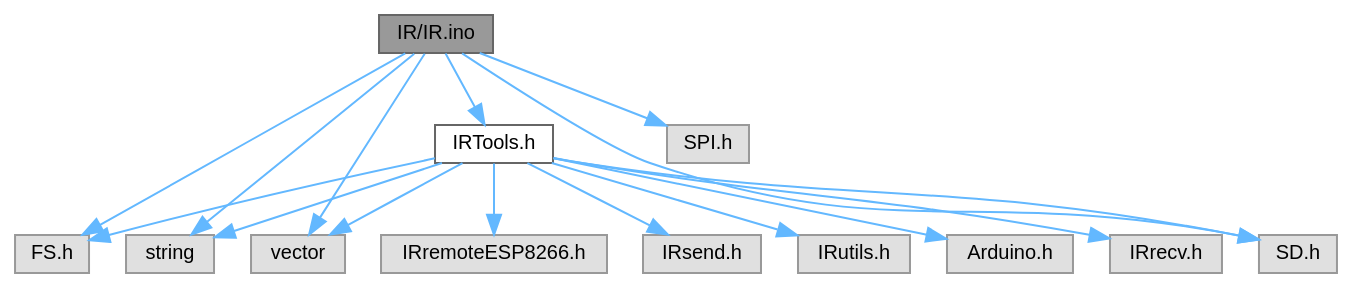
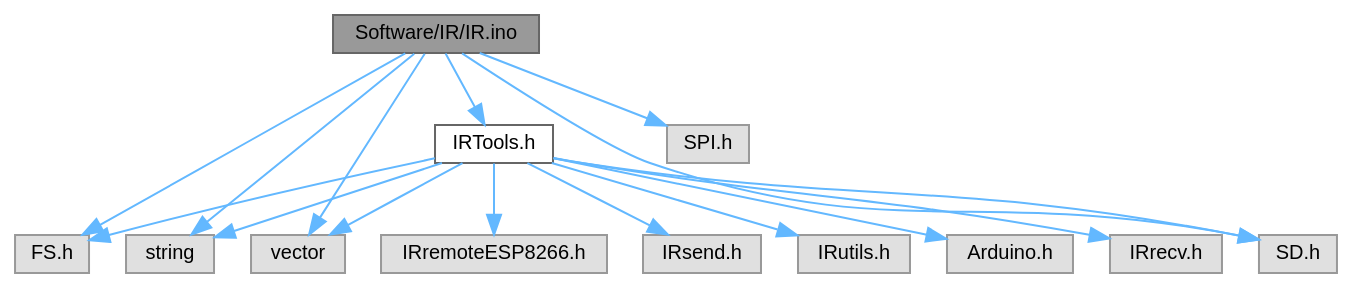
One commit to Jonathan-0101/skeletonKey changed the diagram in IR_8ino__incl.dot. Above: the diagram before and after it, drawn with Graphviz. The commit also changed 57 other files, not shown here.

```diff
--- a/IR_8ino__incl.dot
+++ b/IR_8ino__incl.dot
@@ -1,34 +1,34 @@
-digraph "IR/IR.ino"
+digraph "Software/IR/IR.ino"
 {
  // LATEX_PDF_SIZE
   bgcolor="transparent";
   edge [fontname=Helvetica,fontsize=10,labelfontname=Helvetica,labelfontsize=10];
   node [fontname=Helvetica,fontsize=10,shape=box,height=0.2,width=0.4];
-  Node1 [id="Node000001",label="IR/IR.ino",height=0.2,width=0.4,color="gray40", fillcolor="grey60", style="filled", fontcolor="black",tooltip="Test program for IR attack tools."];
+  Node1 [id="Node000001",label="Software/IR/IR.ino",height=0.2,width=0.4,color="gray40", fillcolor="grey60", style="filled", fontcolor="black",tooltip="Test program for IR attack tools."];
   Node1 -> Node2 [id="edge1_Node000001_Node000002",color="steelblue1",style="solid",tooltip=" "];
   Node2 [id="Node000002",label="FS.h",height=0.2,width=0.4,color="grey60", fillcolor="#E0E0E0", style="filled",tooltip=" "];
   Node1 -> Node3 [id="edge2_Node000001_Node000003",color="steelblue1",style="solid",tooltip=" "];
   Node3 [id="Node000003",label="string",height=0.2,width=0.4,color="grey60", fillcolor="#E0E0E0", style="filled",tooltip=" "];
   Node1 -> Node4 [id="edge3_Node000001_Node000004",color="steelblue1",style="solid",tooltip=" "];
   Node4 [id="Node000004",label="vector",height=0.2,width=0.4,color="grey60", fillcolor="#E0E0E0", style="filled",tooltip=" "];
   Node1 -> Node5 [id="edge4_Node000001_Node000005",color="steelblue1",style="solid",tooltip=" "];
   Node5 [id="Node000005",label="IRTools.h",height=0.2,width=0.4,color="grey40", fillcolor="white", style="filled",URL="$IR_2IRTools_8h.html",tooltip="Library for IR attack tools."];
   Node5 -> Node6 [id="edge5_Node000005_Node000006",color="steelblue1",style="solid",tooltip=" "];
   Node6 [id="Node000006",label="Arduino.h",height=0.2,width=0.4,color="grey60", fillcolor="#E0E0E0", style="filled",tooltip=" "];
   Node5 -> Node2 [id="edge6_Node000005_Node000002",color="steelblue1",style="solid",tooltip=" "];
   Node5 -> Node7 [id="edge7_Node000005_Node000007",color="steelblue1",style="solid",tooltip=" "];
   Node7 [id="Node000007",label="IRrecv.h",height=0.2,width=0.4,color="grey60", fillcolor="#E0E0E0", style="filled",tooltip=" "];
   Node5 -> Node8 [id="edge8_Node000005_Node000008",color="steelblue1",style="solid",tooltip=" "];
   Node8 [id="Node000008",label="IRremoteESP8266.h",height=0.2,width=0.4,color="grey60", fillcolor="#E0E0E0", style="filled",tooltip=" "];
   Node5 -> Node9 [id="edge9_Node000005_Node000009",color="steelblue1",style="solid",tooltip=" "];
   Node9 [id="Node000009",label="IRsend.h",height=0.2,width=0.4,color="grey60", fillcolor="#E0E0E0", style="filled",tooltip=" "];
   Node5 -> Node10 [id="edge10_Node000005_Node000010",color="steelblue1",style="solid",tooltip=" "];
   Node10 [id="Node000010",label="IRutils.h",height=0.2,width=0.4,color="grey60", fillcolor="#E0E0E0", style="filled",tooltip=" "];
   Node5 -> Node3 [id="edge11_Node000005_Node000003",color="steelblue1",style="solid",tooltip=" "];
   Node5 -> Node4 [id="edge12_Node000005_Node000004",color="steelblue1",style="solid",tooltip=" "];
   Node5 -> Node11 [id="edge13_Node000005_Node000011",color="steelblue1",style="solid",tooltip=" "];
   Node11 [id="Node000011",label="SD.h",height=0.2,width=0.4,color="grey60", fillcolor="#E0E0E0", style="filled",tooltip=" "];
   Node1 -> Node11 [id="edge14_Node000001_Node000011",color="steelblue1",style="solid",tooltip=" "];
   Node1 -> Node12 [id="edge15_Node000001_Node000012",color="steelblue1",style="solid",tooltip=" "];
   Node12 [id="Node000012",label="SPI.h",height=0.2,width=0.4,color="grey60", fillcolor="#E0E0E0", style="filled",tooltip=" "];
 }
```
